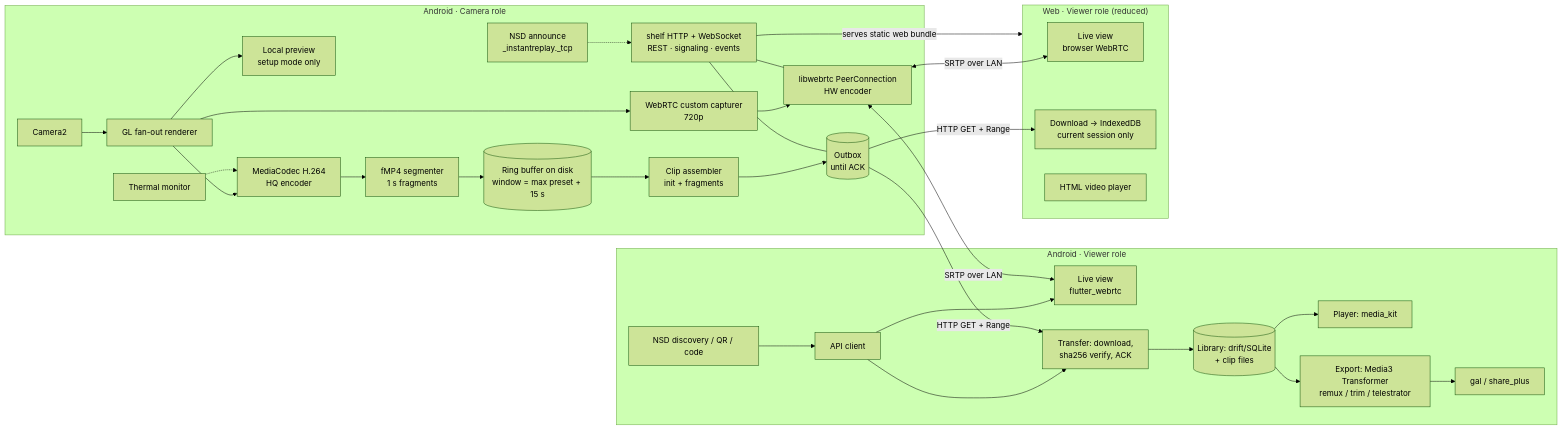
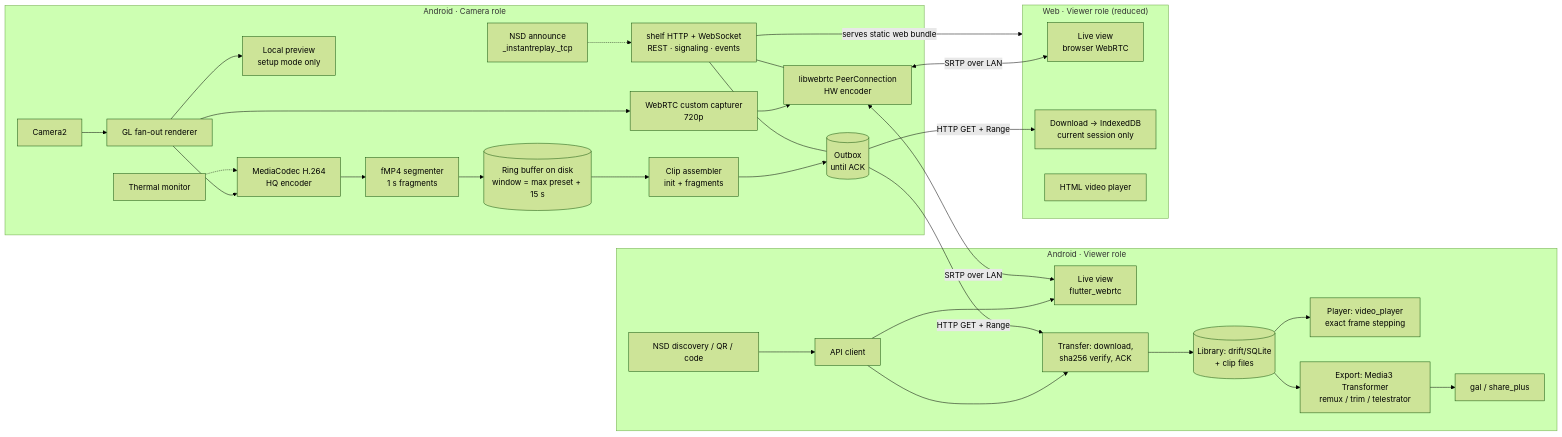
One commit to GF3000/InstantReplay changed the first of 2 diagrams in docs/SPEC.md. Above: the diagram before and after it, drawn with Mermaid (forest theme). The commit also changed other lines of this file and 1 other file, not shown here.

First line of the commit message:
SPEC 5.5: keep video_player with exact frame stepping instead of media_kit

````diff
--- a/docs/SPEC.md
+++ b/docs/SPEC.md
@@ -41,40 +41,40 @@
 ```mermaid
 flowchart LR
   subgraph A["Android · Camera role"]
     CAM[Camera2] --> GL[GL fan-out renderer]
     GL --> PREV[Local preview<br/>setup mode only]
     GL --> HQ[MediaCodec H.264<br/>HQ encoder]
     GL --> RTCCAP[WebRTC custom capturer<br/>720p]
     HQ --> SEG[fMP4 segmenter<br/>1 s fragments]
     SEG --> RING[(Ring buffer on disk<br/>window = max preset + 15 s)]
     RING --> ASM[Clip assembler<br/>init + fragments]
     ASM --> OUT[(Outbox<br/>until ACK)]
     RTCCAP --> PC[libwebrtc PeerConnection<br/>HW encoder]
     API[shelf HTTP + WebSocket<br/>REST · signaling · events] --- OUT
     API --- PC
     NSD[NSD announce<br/>_instantreplay._tcp] -.-> API
     THERM[Thermal monitor] -.-> HQ
   end
 
   subgraph B["Android · Viewer role"]
     DISC[NSD discovery / QR / code] --> CLIENT[API client]
     CLIENT --> LIVE[Live view<br/>flutter_webrtc]
     CLIENT --> DL[Transfer: download,<br/>sha256 verify, ACK]
     DL --> LIB[(Library: drift/SQLite<br/>+ clip files)]
-    LIB --> PLAYER[Player: media_kit]
+    LIB --> PLAYER[Player: video_player<br/>exact frame stepping]
     LIB --> EXP[Export: Media3 Transformer<br/>remux / trim / telestrator]
     EXP --> GAL[gal / share_plus]
   end
 
   subgraph W["Web · Viewer role (reduced)"]
     WLIVE[Live view<br/>browser WebRTC] 
     WDL[Download → IndexedDB<br/>current session only]
     WPLAY[HTML video player]
   end
 
   PC <-->|SRTP over LAN| LIVE
   PC <-->|SRTP over LAN| WLIVE
   OUT -->|HTTP GET + Range| DL
   OUT -->|HTTP GET + Range| WDL
   API -->|serves static web bundle| W
 ```
````
